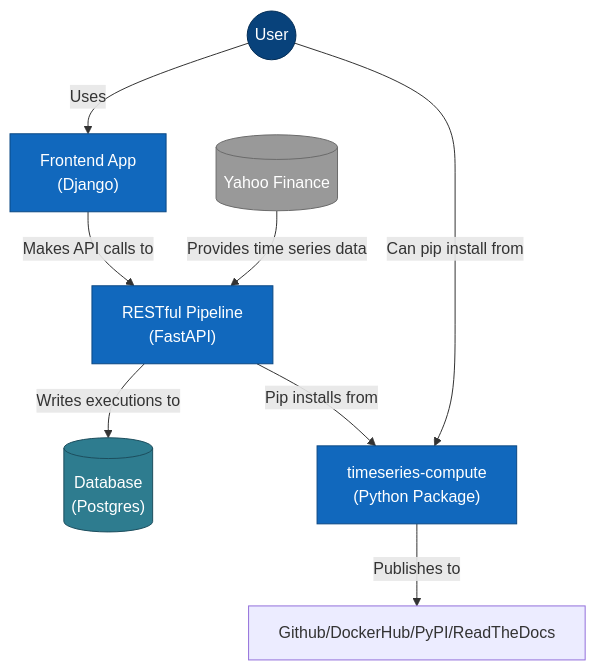
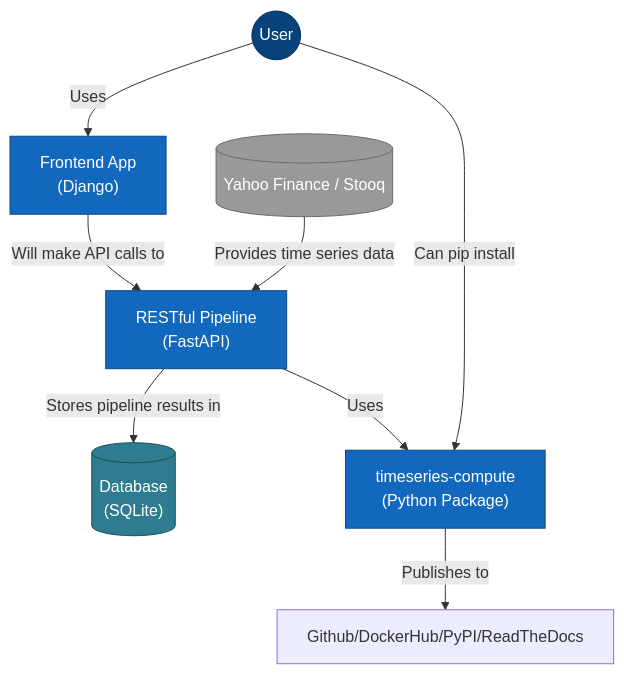
Before and after one commit to garthmortensen/timeseries-frontend: the diagram in README.md, drawn with Mermaid. The commit also changed other lines of this file and 12 other files, not shown here.

````diff
--- a/README.md
+++ b/README.md
@@ -95,35 +33,35 @@
 ```mermaid
 flowchart TB
     %% Styling
     classDef person fill:#08427B,color:#fff,stroke:#052E56,stroke-width:1px
     classDef system fill:#1168BD,color:#fff,stroke:#0B4884,stroke-width:1px
     classDef external fill:#999999,color:#fff,stroke:#6B6B6B,stroke-width:1px
     classDef database fill:#2E7C8F,color:#fff,stroke:#1D4E5E,stroke-width:1px
     
     %% Actors and Systems
     User((User)):::person
     
     %% Main Systems
     TimeSeriesFrontend["Frontend App
     (Django)"]:::system
     TimeSeriesPipeline["RESTful Pipeline
     (FastAPI)"]:::system
     TimeseriesCompute["timeseries-compute
     (Python Package)"]:::system
     
     %% Database
     TimeSeriesDB[("Database
-    (Postgres)")]:::database
+    (SQLite)")]:::database
     
     %% External Systems
-    ExternalDataSource[(Yahoo Finance)]:::external
+    ExternalDataSource[(Yahoo Finance / Stooq)]:::external
     
     %% Relationships
     User -- "Uses" --> TimeSeriesFrontend
-    TimeSeriesFrontend -- "Makes API calls to" --> TimeSeriesPipeline
-    TimeSeriesPipeline -- "Writes executions to" --> TimeSeriesDB
-    TimeSeriesPipeline -- "Pip installs from" --> TimeseriesCompute
-    User -- "Can pip install from" --> TimeseriesCompute
+    TimeSeriesFrontend -- "Will make API calls to" --> TimeSeriesPipeline
+    TimeSeriesPipeline -- "Stores pipeline results in" --> TimeSeriesDB
+    TimeSeriesPipeline -- "Uses" --> TimeseriesCompute
+    User -- "Can pip install" --> TimeseriesCompute
     ExternalDataSource -- "Provides time series data" --> TimeSeriesPipeline
     TimeseriesCompute -- "Publishes to" --> Github/DockerHub/PyPI/ReadTheDocs
 ```
````
